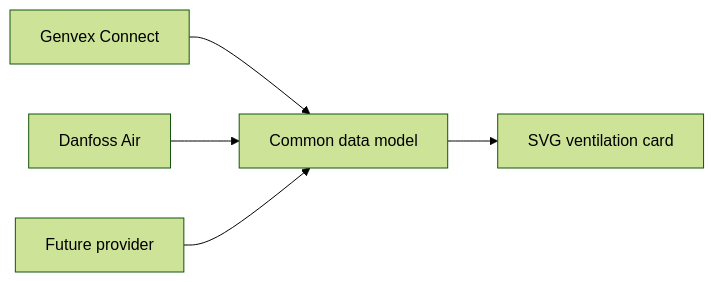
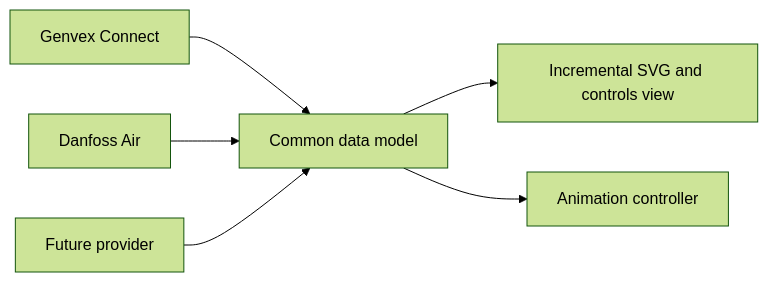
One commit to MEbsen/GenvexFlowCard changed the diagram in README.md. Above: the diagram before and after it, drawn with Mermaid (forest theme). The commit also changed other lines of this file and 32 other files, not shown here.

````diff
--- a/README.md
+++ b/README.md
@@ -104,7 +156,8 @@
 ```mermaid
 flowchart LR
   G[Genvex Connect] --> M[Common data model]
   D[Danfoss Air] --> M
   F[Future provider] --> M
-  M --> C[SVG ventilation card]
+  M --> C[Incremental SVG and controls view]
+  M --> A[Animation controller]
 ```
````
